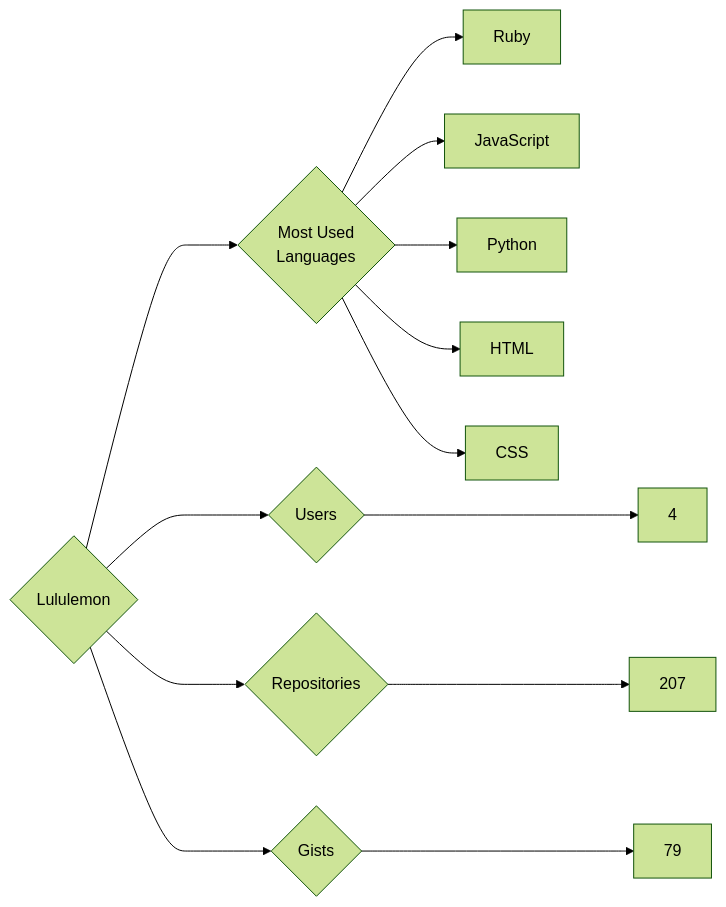
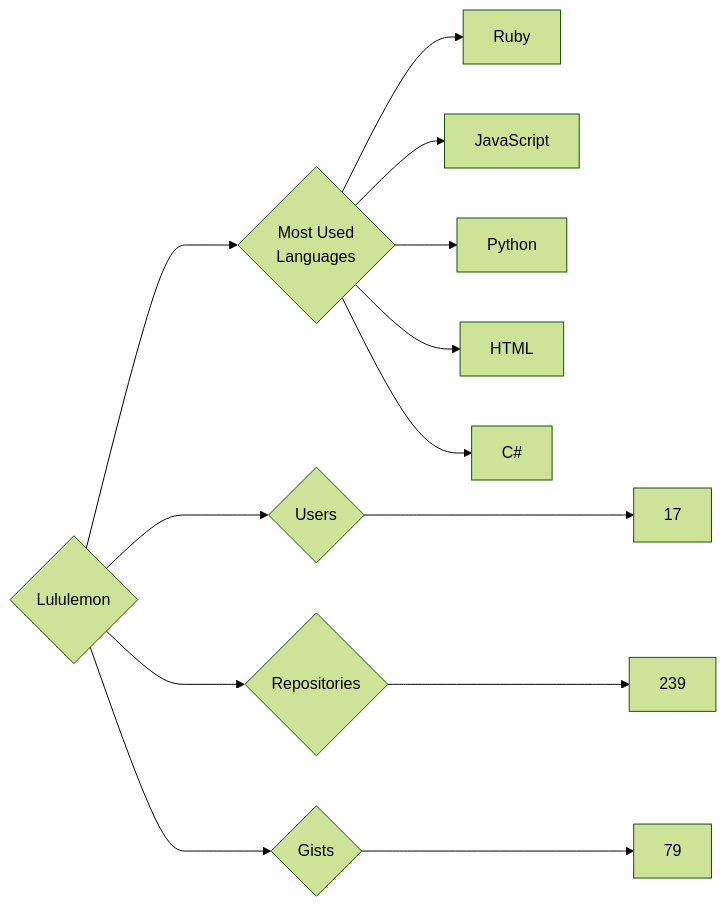
Before and after one commit to trickest/insiders: the diagram in targets/Lululemon/README.md, drawn with Mermaid (forest theme). The commit also changed 775 other files, not shown here.

````diff
--- a/targets/Lululemon/README.md
+++ b/targets/Lululemon/README.md
@@ -3,13 +3,13 @@
 ```mermaid
 graph LR
 COMPANY_NAME{Lululemon}
-COMPANY_NAME ---> U{Users} ---> UN[4]
-COMPANY_NAME ---> R{Repositories} ---> RN[207]
+COMPANY_NAME ---> U{Users} ---> UN[17]
+COMPANY_NAME ---> R{Repositories} ---> RN[239]
 COMPANY_NAME ---> G{Gists} ---> GN[79]
 COMPANY_NAME ---> ML{Most Used<br>Languages}
 ML --> Ruby[Ruby]
 ML --> JavaScript[JavaScript]
 ML --> Python[Python]
 ML --> HTML[HTML]
-ML --> CSS[CSS]
+ML --> C#[C#]
 ```
````
